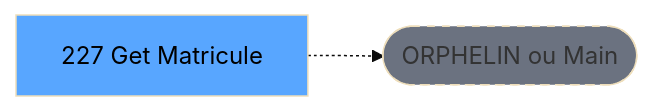
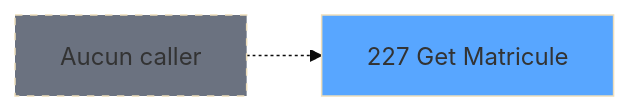
The second of 3 diagrams in .openspec/specs/ADH-IDE-227.md (thonyAGP/magic-migration), drawn with Mermaid (base theme) before and after one commit. The commit also changed other lines of this file and 493 other files, not shown here.

````diff
--- a/.openspec/specs/ADH-IDE-227.md
+++ b/.openspec/specs/ADH-IDE-227.md
@@ -121,8 +131,8 @@
 ```mermaid
 graph LR
-    T[227 Get Matricule]
-    ORPHAN([ORPHELIN ou Main])
-    T -.-> ORPHAN
-    style T fill:#58a6ff,color:#000
-    style ORPHAN fill:#6b7280,stroke-dasharray: 5 5
+    T227[227 Get Matricule]
+    style T227 fill:#58a6ff
+    NONE[Aucun caller]
+    NONE -.-> T227
+    style NONE fill:#6b7280,stroke-dasharray: 5 5
 ```
````
